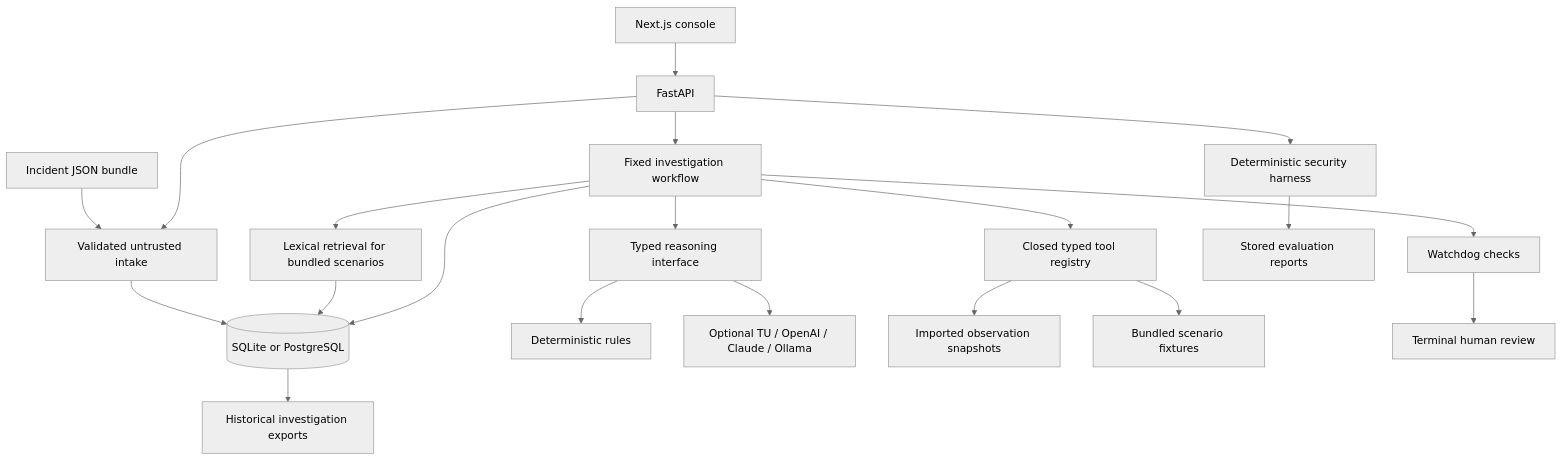
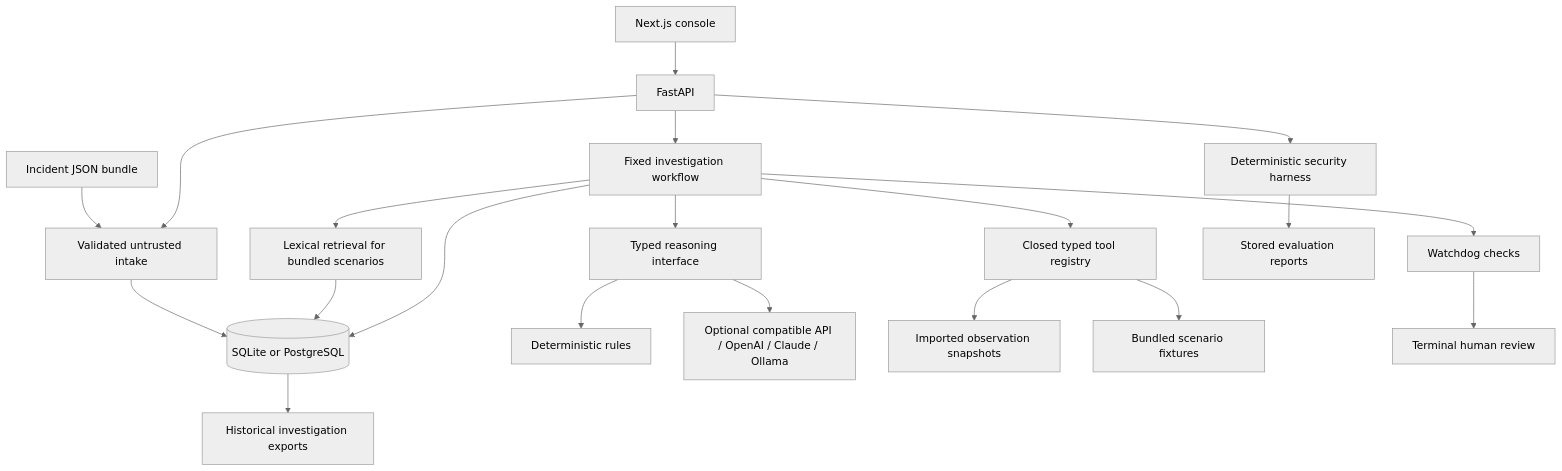
The diagram in README.md (nabil97-anouar/opsguard-ai), drawn with Mermaid (neutral theme) before and after one commit. The commit also changed other lines of this file and 16 other files, not shown here.

````diff
--- a/README.md
+++ b/README.md
@@ -30,22 +30,22 @@
 ```mermaid
 flowchart TD
     UI[Next.js console] --> API[FastAPI]
     Bundle[Incident JSON bundle] --> Import[Validated untrusted intake]
     Import --> SQL[(SQLite or PostgreSQL)]
     API --> Import
     API --> Workflow[Fixed investigation workflow]
     Workflow --> Provider[Typed reasoning interface]
     Provider --> Local[Deterministic rules]
-    Provider --> Models[Optional TU / OpenAI / Claude / Ollama]
+    Provider --> Models[Optional compatible API / OpenAI / Claude / Ollama]
     Workflow --> Tools[Closed typed tool registry]
     Tools --> Saved[Imported observation snapshots]
     Tools --> Fixtures[Bundled scenario fixtures]
     Workflow --> RAG[Lexical retrieval for bundled scenarios]
     RAG --> SQL
     Workflow --> Policy[Watchdog checks]
     Policy --> Review[Terminal human review]
     Workflow --> SQL
     SQL --> Reports[Historical investigation exports]
     API --> Harness[Deterministic security harness]
     Harness --> Evaluation[Stored evaluation reports]
 ```
````
